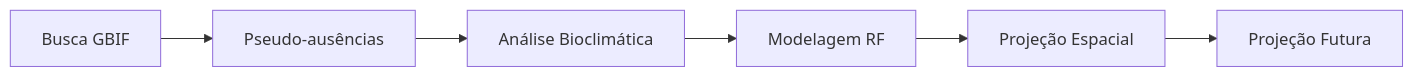
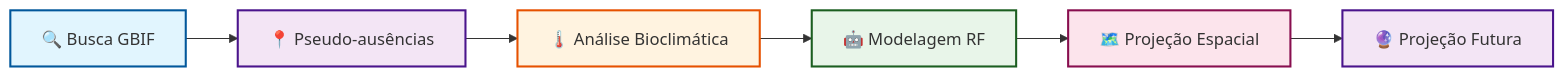
The diagram in README.md (higuchip/Taipa_v2), drawn with Mermaid before and after one commit. The commit also changed other lines of this file and 2 other files, not shown here.

````diff
--- a/README.md
+++ b/README.md
@@ -117,8 +127,15 @@
 ```mermaid
 graph LR
-    A[Busca GBIF] --> B[Pseudo-ausências]
-    B --> C[Análise Bioclimática]
-    C --> D[Modelagem RF]
-    D --> E[Projeção Espacial]
-    E --> F[Projeção Futura]
+    A[🔍 Busca GBIF] --> B[📍 Pseudo-ausências]
+    B --> C[🌡️ Análise Bioclimática]
+    C --> D[🤖 Modelagem RF]
+    D --> E[🗺️ Projeção Espacial]
+    E --> F[🔮 Projeção Futura]
+    
+    style A fill:#e1f5fe,stroke:#01579b,stroke-width:2px
+    style B fill:#f3e5f5,stroke:#4a148c,stroke-width:2px
+    style C fill:#fff3e0,stroke:#e65100,stroke-width:2px
+    style D fill:#e8f5e9,stroke:#1b5e20,stroke-width:2px
+    style E fill:#fce4ec,stroke:#880e4f,stroke-width:2px
+    style F fill:#f3e5f5,stroke:#4a148c,stroke-width:2px
 ```
````
